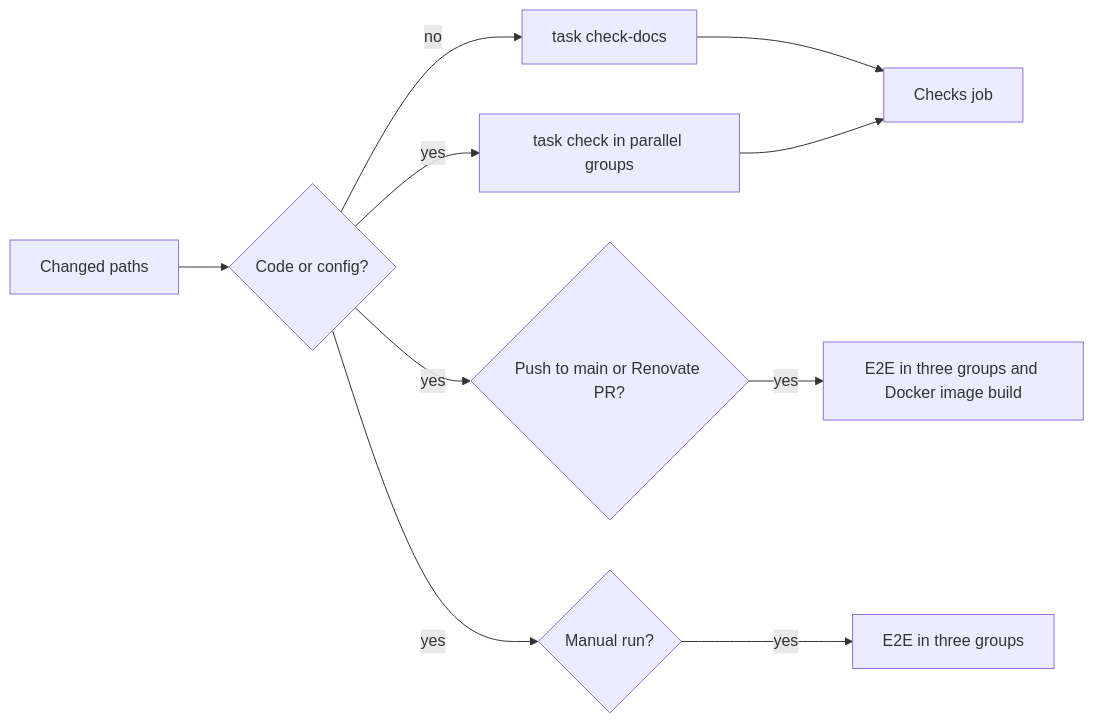
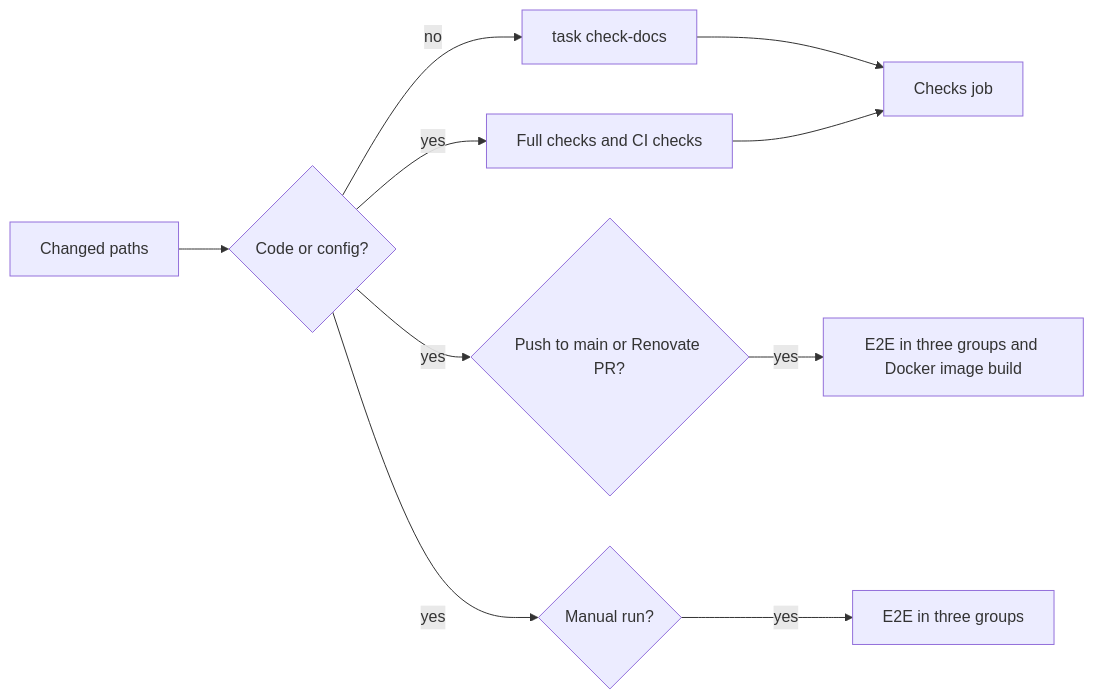
One commit to syudead/vv changed the diagram in docs/how-to/development.md. Above: the diagram before and after it, drawn with Mermaid. The commit also changed other lines of this file and 10 other files, not shown here.

````diff
--- a/docs/how-to/development.md
+++ b/docs/how-to/development.md
@@ -70,12 +105,12 @@
 ```mermaid
 flowchart LR
   change[Changed paths] --> code{Code or config?}
   code -->|no| docs[task check-docs]
-  code -->|yes| groups[task check in parallel groups]
+  code -->|yes| groups[Full checks and CI checks]
   docs --> checks[Checks job]
   groups --> checks
   code -->|yes| push{Push to main or Renovate PR?}
   push -->|yes| more[E2E in three groups and Docker image build]
   code -->|yes| manual{Manual run?}
   manual -->|yes| e2e[E2E in three groups]
 ```
````
